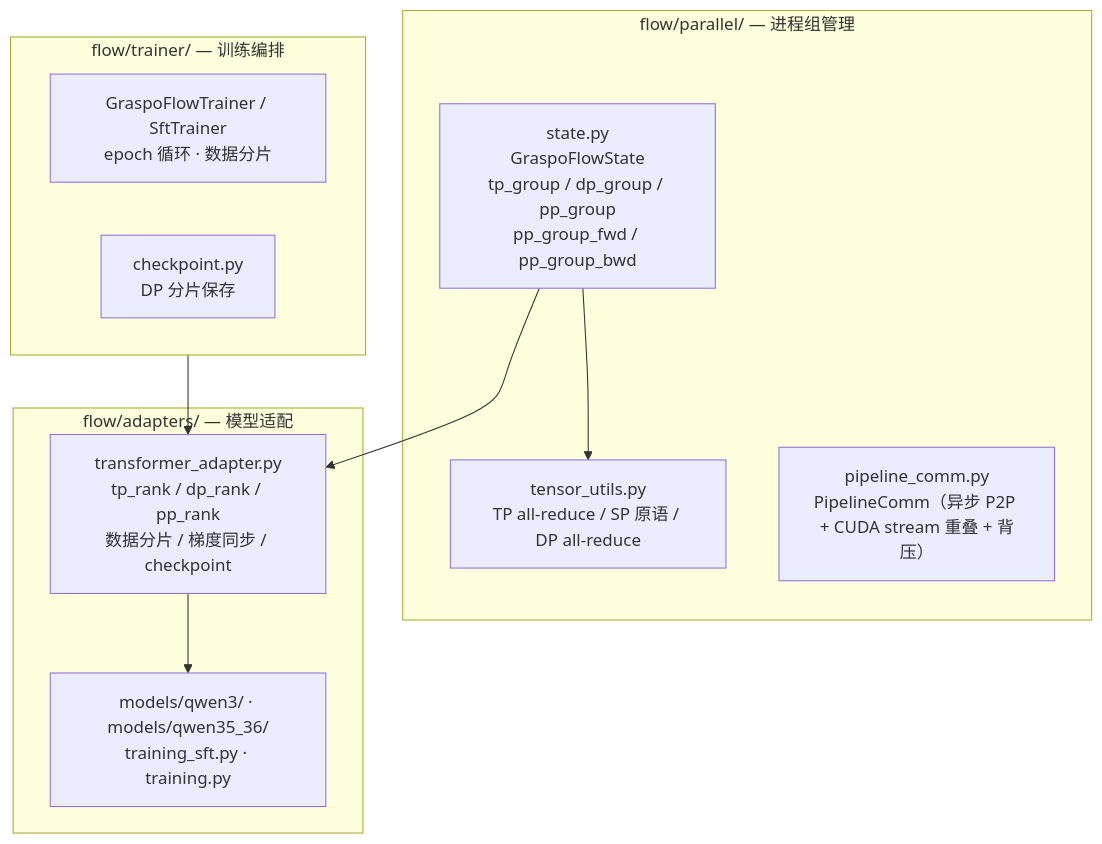
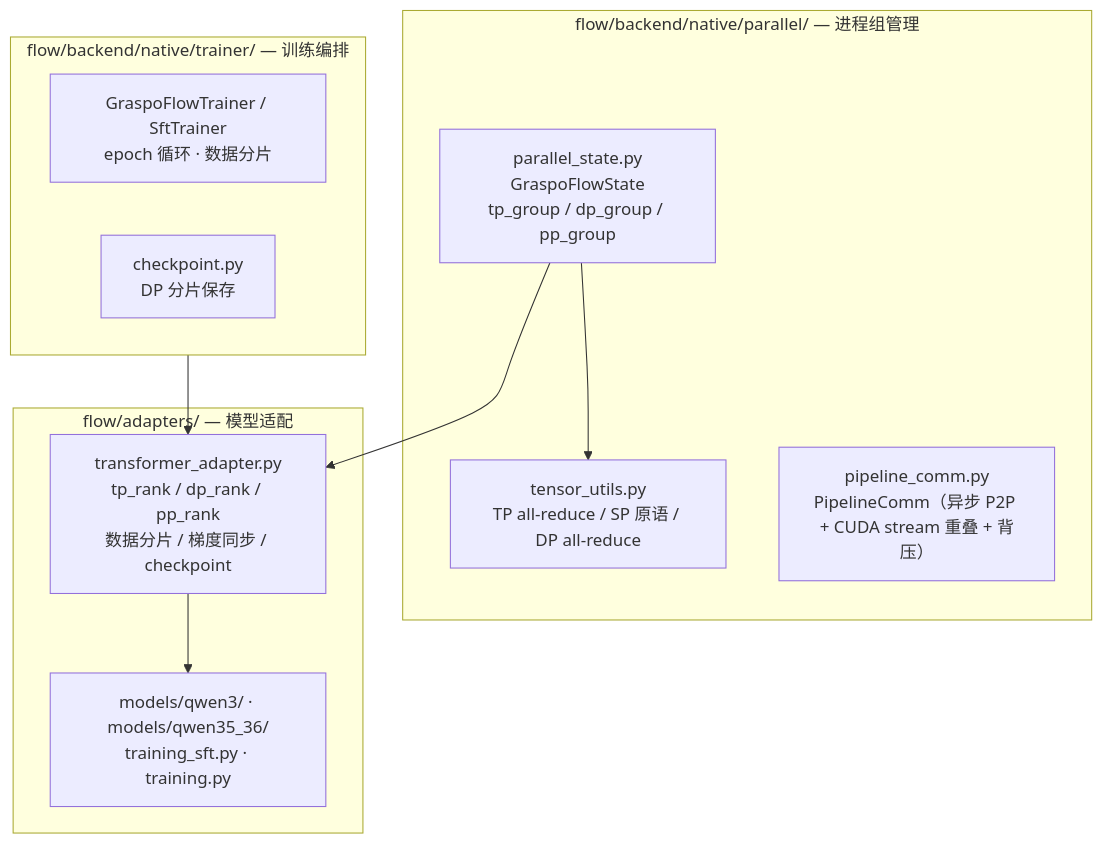
The first of 3 diagrams in docs/flow.md (godthrone/graspo), drawn with Mermaid before and after one commit. The commit also changed other lines of this file and 214 other files, not shown here.

First line of the commit message:
refactor(P2): adapter 契约 + 执行载体落位 flow/backend/{native,msswift}/ + 卡守卫探针归位

````diff
--- a/docs/flow.md
+++ b/docs/flow.md
@@ -127,20 +127,20 @@
 ```mermaid
 flowchart TB
-    subgraph PARALLEL["flow/parallel/ — 进程组管理"]
-        PS["state.py<br/>GraspoFlowState<br/>tp_group / dp_group / pp_group<br/>pp_group_fwd / pp_group_bwd"]
+    subgraph PARALLEL["flow/backend/native/parallel/ — 进程组管理"]
+        PS["parallel_state.py<br/>GraspoFlowState<br/>tp_group / dp_group / pp_group"]
         TU["tensor_utils.py<br/>TP all-reduce / SP 原语 / DP all-reduce"]
         PC["pipeline_comm.py<br/>PipelineComm（异步 P2P + CUDA stream 重叠 + 背压）"]
     end
     subgraph ADAPTER["flow/adapters/ — 模型适配"]
         TA["transformer_adapter.py<br/>tp_rank / dp_rank / pp_rank<br/>数据分片 / 梯度同步 / checkpoint"]
         MODEL["models/qwen3/ · models/qwen35_36/<br/>training_sft.py · training.py"]
     end
-    subgraph TRAINER["flow/trainer/ — 训练编排"]
+    subgraph TRAINER["flow/backend/native/trainer/ — 训练编排"]
         TR["GraspoFlowTrainer / SftTrainer<br/>epoch 循环 · 数据分片"]
         CKPT["checkpoint.py<br/>DP 分片保存"]
     end
     PS --> TU
     PS --> TA
     TA --> MODEL
     TRAINER --> TA
 ```
````
